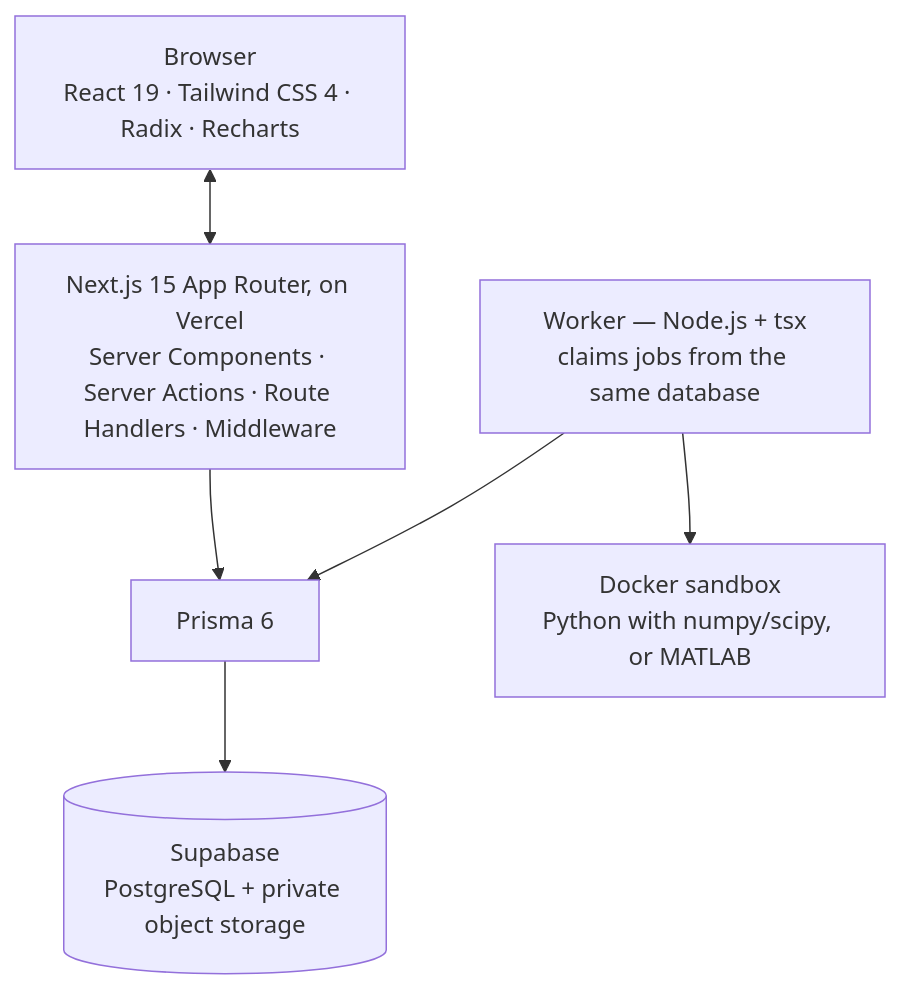
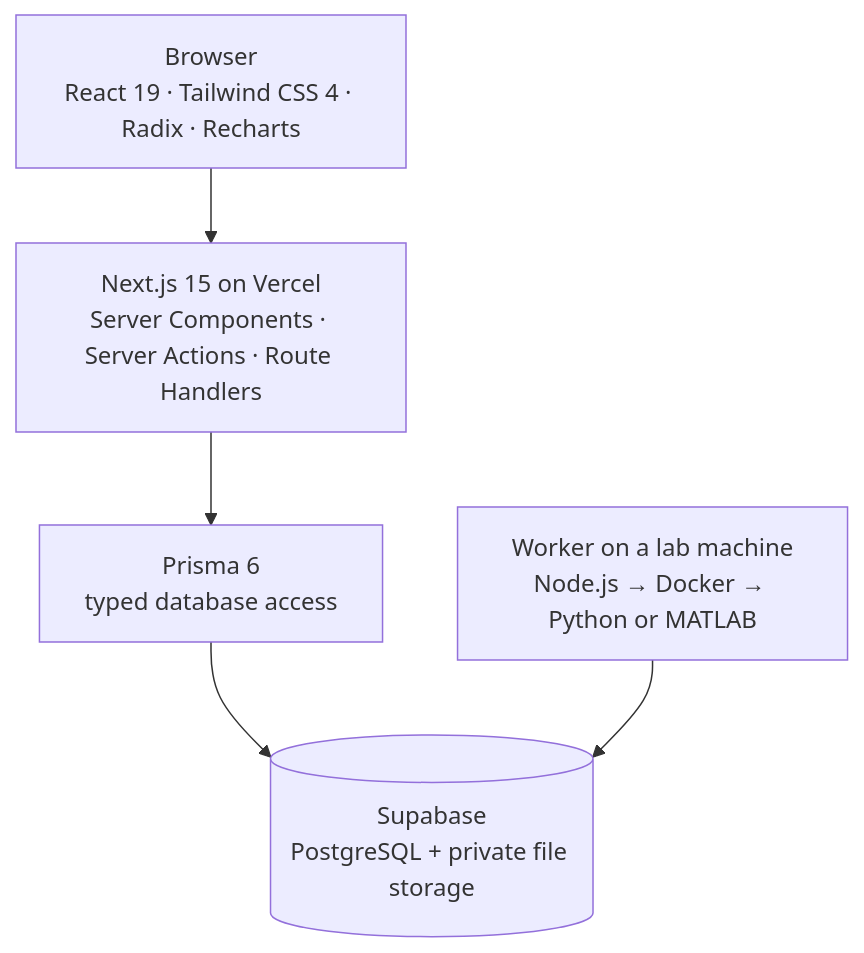
The fourth of 6 diagrams in README.md (McMaster-Battery-Research-Group/battery-soc-benchmark), drawn with Mermaid before and after one commit. The commit also changed other lines of this file, not shown here.

Commit message:
README: simplify the stack and data-flow diagrams so they read as straight lines

````diff
--- a/README.md
+++ b/README.md
@@ -186,14 +188,12 @@
 ```mermaid
 flowchart TB
     A["Browser<br/>React 19 · Tailwind CSS 4 · Radix · Recharts"]
-    B["Next.js 15 App Router, on Vercel<br/>Server Components · Server Actions · Route Handlers · Middleware"]
-    C["Prisma 6"]
-    D[("Supabase<br/>PostgreSQL + private object storage")]
-    E["Worker — Node.js + tsx<br/>claims jobs from the same database"]
-    F["Docker sandbox<br/>Python with numpy/scipy, or MATLAB"]
-    A <--> B
+    B["Next.js 15 on Vercel<br/>Server Components · Server Actions · Route Handlers"]
+    C["Prisma 6<br/>typed database access"]
+    D[("Supabase<br/>PostgreSQL + private file storage")]
+    E["Worker on a lab machine<br/>Node.js → Docker → Python or MATLAB"]
+    A --> B
     B --> C
     C --> D
-    E --> C
-    E --> F
+    E --> D
 ```
````
